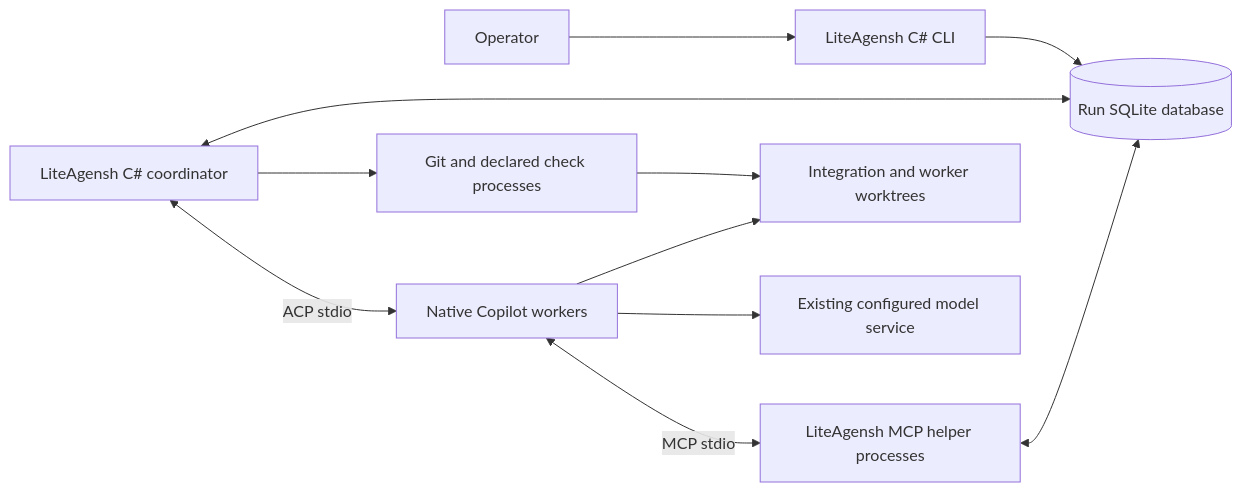
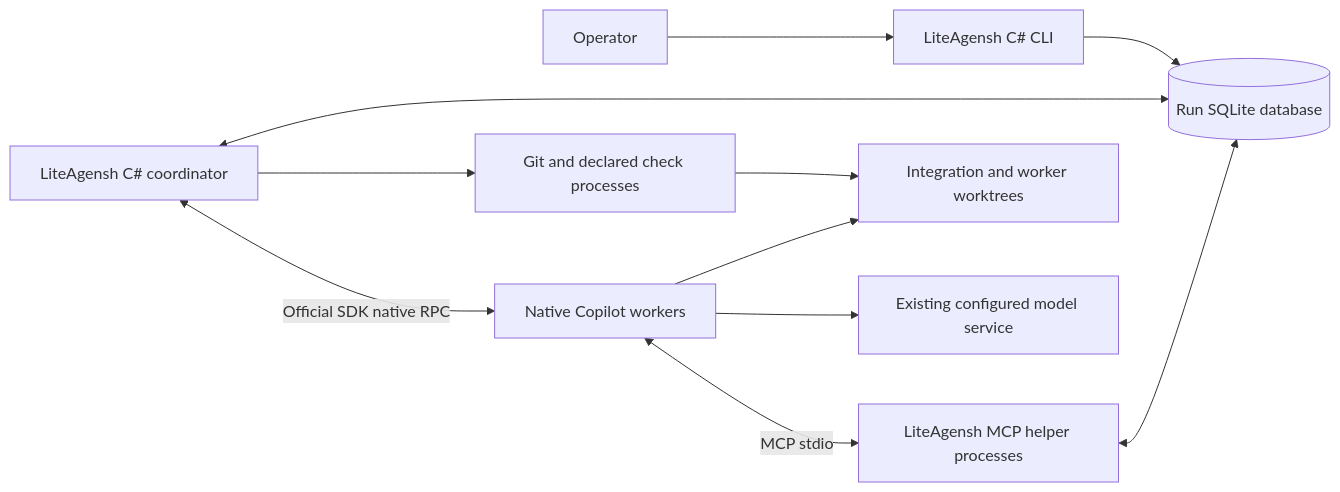
One commit to hcoona/three changed the first of 2 diagrams in src/private/app/lite-agensh/docs/architecture.md. Above: the diagram before and after it, drawn with Mermaid. The commit also changed other lines of this file and 6 other files, not shown here.

First line of the commit message:
docs(lite-agensh): Select Official Copilot SDK Contracts

````diff
--- a/src/private/app/lite-agensh/docs/architecture.md
+++ b/src/private/app/lite-agensh/docs/architecture.md
@@ -18,13 +19,13 @@
 ```mermaid
 flowchart LR
     owner[Operator] --> cli[LiteAgensh C# CLI]
     cli --> db[(Run SQLite database)]
     coordinator[LiteAgensh C# coordinator] <--> db
-    coordinator <-->|ACP stdio| agents[Native Copilot workers]
+    coordinator <-->|Official SDK native RPC| agents[Native Copilot workers]
     agents <-->|MCP stdio| helpers[LiteAgensh MCP helper processes]
     helpers <--> db
     coordinator --> git[Git and declared check processes]
     git --> trees[Integration and worker worktrees]
     agents --> trees
     agents --> provider[Existing configured model service]
 ```
````
